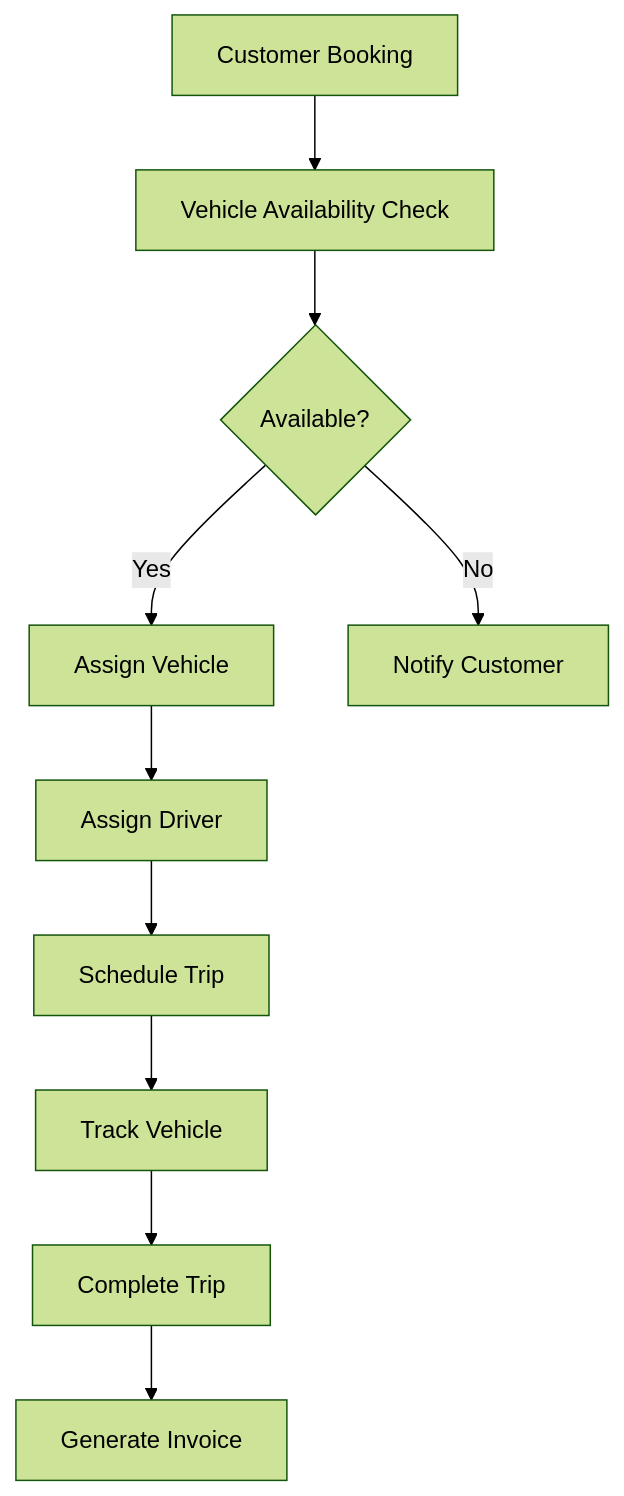
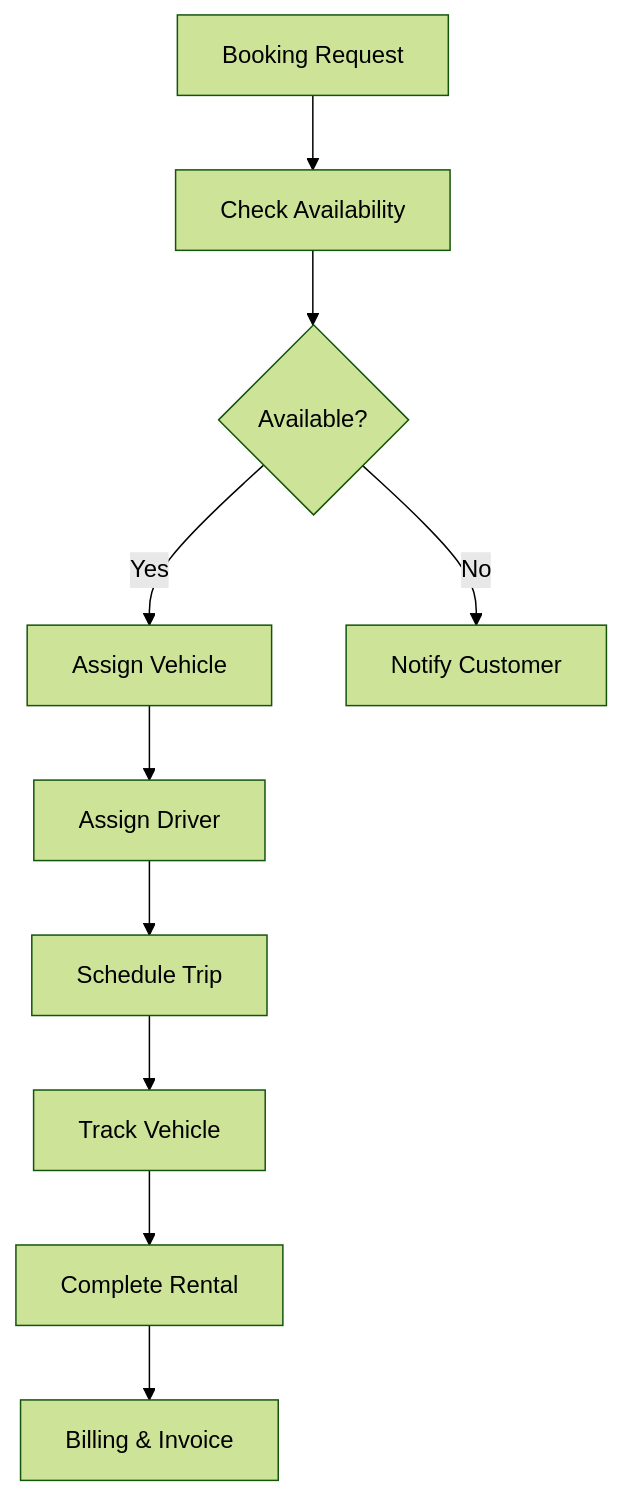
Before and after one commit to Daniwest-Tech-Ltd/justice-auto-haven: the fourth of 7 diagrams in README.md, drawn with Mermaid (forest theme). The commit also changed other lines of this file, not shown here.

````diff
--- a/README.md
+++ b/README.md
@@ -80,15 +115,14 @@
 ```mermaid
 flowchart TD
-
-A[Customer Booking] --> B[Vehicle Availability Check]
+A[Booking Request] --> B[Check Availability]
 B --> C{Available?}
 
 C -->|Yes| D[Assign Vehicle]
 C -->|No| E[Notify Customer]
 
 D --> F[Assign Driver]
 F --> G[Schedule Trip]
 G --> H[Track Vehicle]
-H --> I[Complete Trip]
-I --> J[Generate Invoice]
+H --> I[Complete Rental]
+I --> J[Billing & Invoice]
 ```
````
